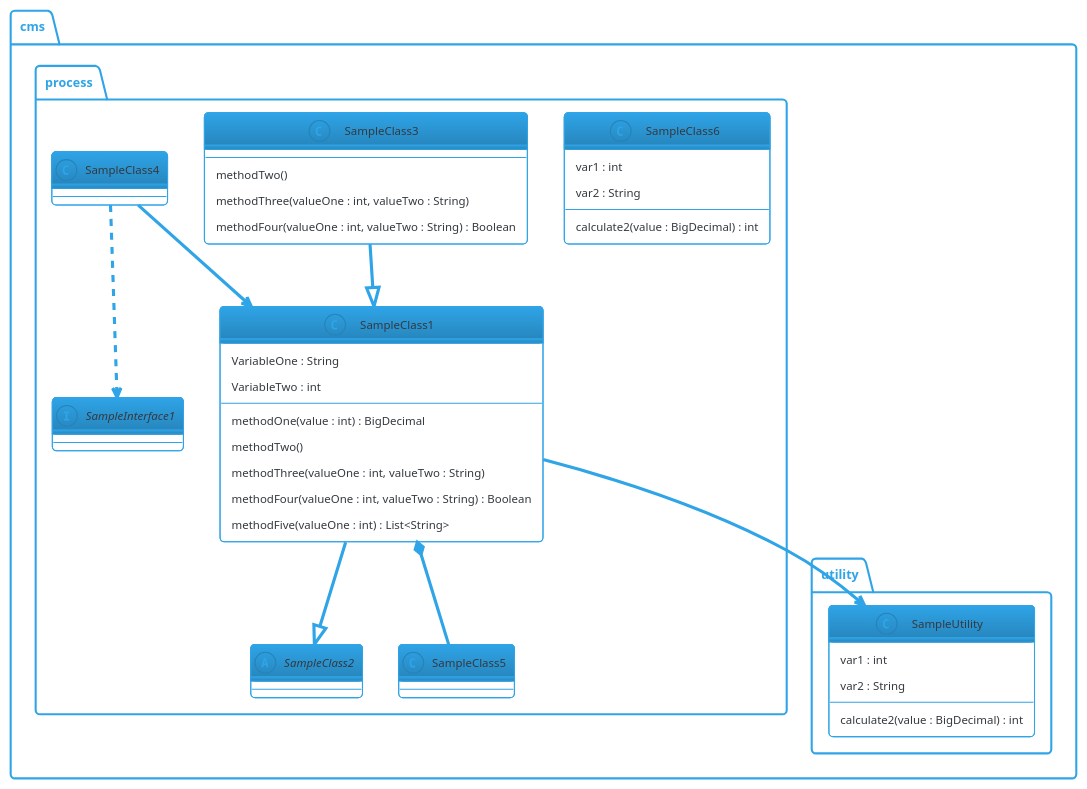
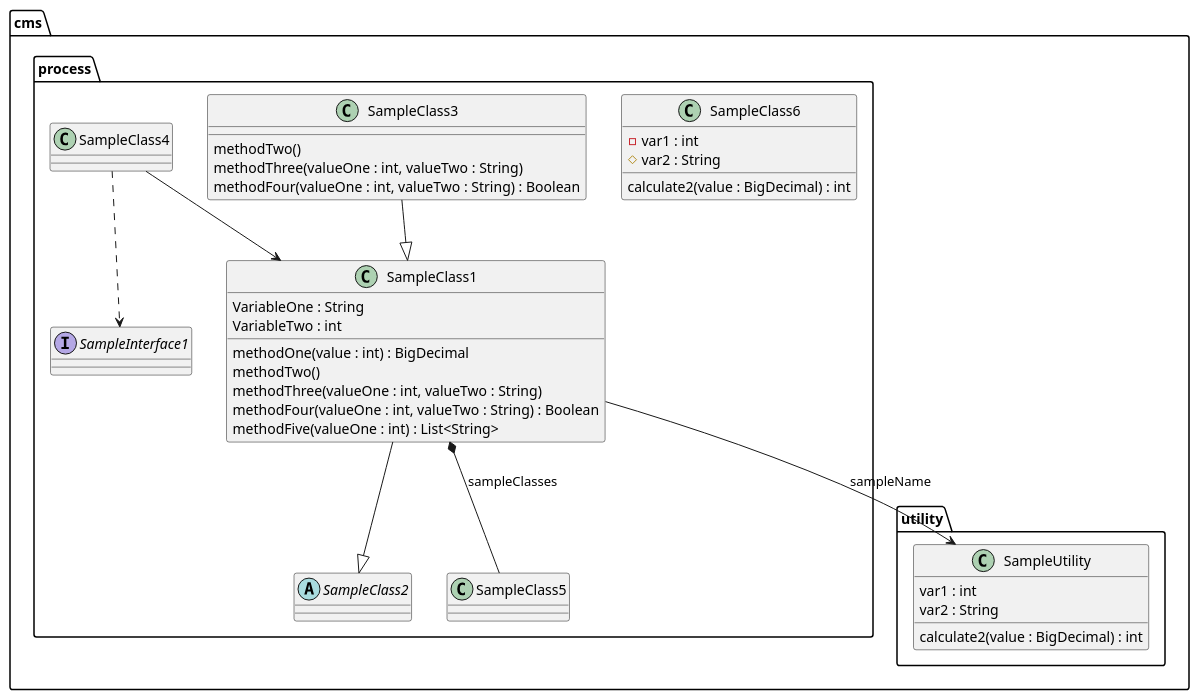
The diagram in sample.puml (cmoore-eie/cms_forward_engineer), drawn with PlantUML before and after one commit. The commit also changed 6 other files, not shown here.

```diff
--- a/sample.puml
+++ b/sample.puml
@@ -1,50 +1,50 @@
 @startuml sample
 
-!theme cerulean-outline
+' !theme cerulean-outline
 
 class cms.process.SampleClass6 {
-    var1 : int
-    var2 : String
+    -var1 : int
+    #var2 : String
     calculate2(value : BigDecimal) : int
 }
 
 package cms.process {
     class SampleClass1 {
         VariableOne : String
         VariableTwo : int
         methodOne(value : int) : BigDecimal
         methodTwo()
         methodThree(valueOne : int, valueTwo : String)
         methodFour(valueOne : int, valueTwo : String) : Boolean
         methodFive(valueOne : int) : List<String>
     }
     SampleClass1 --|> SampleClass2
-    SampleClass1 --> cms.utility.SampleUtility
-    SampleClass1 *-- SampleClass5
+    SampleClass1 --> cms.utility.SampleUtility : sampleName
+    SampleClass1 *-- SampleClass5 : sampleClasses
 
     abstract SampleClass2 {
 
     }
 
     class SampleClass3 {
         methodTwo()
         methodThree(valueOne : int, valueTwo : String)
         methodFour(valueOne : int, valueTwo : String) : Boolean
     }
     SampleClass3 --|> SampleClass1
 
     SampleClass4 --> SampleClass1
     SampleClass4 ..> SampleInterface1
 
     interface SampleInterface1
 }
 
 package cms.utility {
     class SampleUtility {
         var1 : int
         var2 : String
         calculate2(value : BigDecimal) : int
     }
 }
 
 @enduml
```
